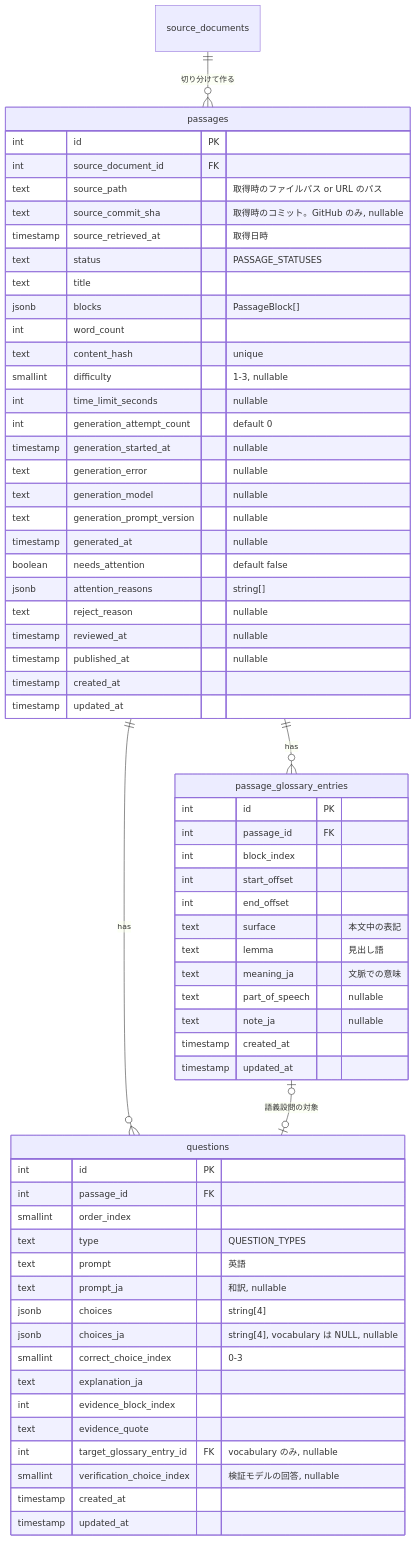
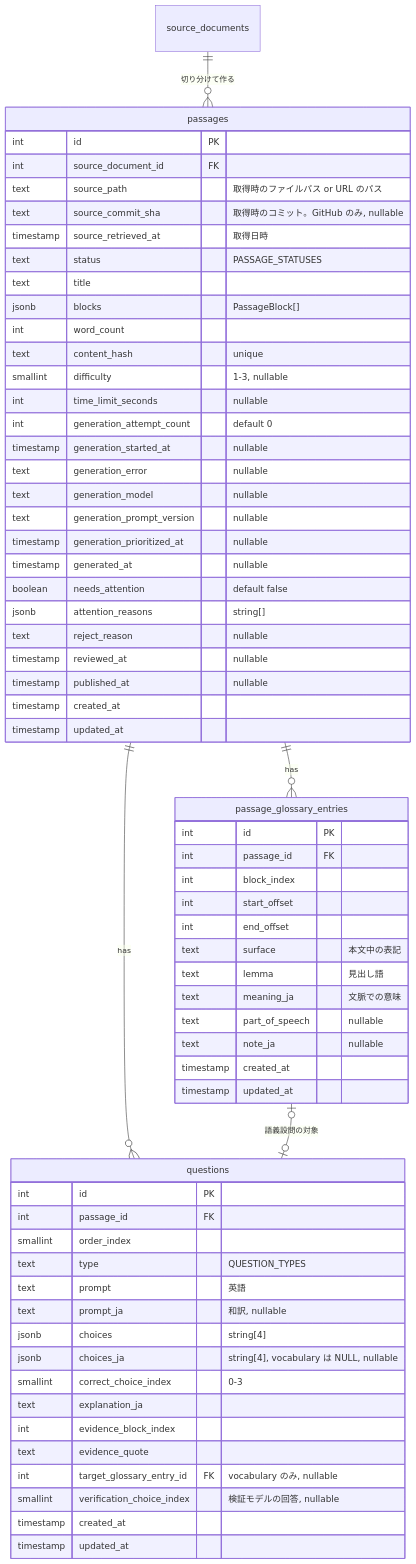
Before and after one commit to kentakki416/tech-english: the second of 3 diagrams in docs/spec/question-generation/README.md, drawn with Mermaid. The commit also changed other lines of this file and 10 other files, not shown here.

````diff
--- a/docs/spec/question-generation/README.md
+++ b/docs/spec/question-generation/README.md
@@ -513,66 +513,67 @@
 ```mermaid
 erDiagram
     source_documents ||--o{ passages : "切り分けて作る"
     passages ||--o{ questions : has
     passages ||--o{ passage_glossary_entries : has
     passage_glossary_entries |o--o| questions : "語義設問の対象"
     passages {
         int id PK
         int source_document_id FK
         text source_path "取得時のファイルパス or URL のパス"
         text source_commit_sha "取得時のコミット。GitHub のみ, nullable"
         timestamp source_retrieved_at "取得日時"
         text status "PASSAGE_STATUSES"
         text title
         jsonb blocks "PassageBlock[]"
         int word_count
         text content_hash "unique"
         smallint difficulty "1-3, nullable"
         int time_limit_seconds "nullable"
         int generation_attempt_count "default 0"
         timestamp generation_started_at "nullable"
         text generation_error "nullable"
         text generation_model "nullable"
         text generation_prompt_version "nullable"
+        timestamp generation_prioritized_at "nullable"
         timestamp generated_at "nullable"
         boolean needs_attention "default false"
         jsonb attention_reasons "string[]"
         text reject_reason "nullable"
         timestamp reviewed_at "nullable"
         timestamp published_at "nullable"
         timestamp created_at
         timestamp updated_at
     }
     questions {
         int id PK
         int passage_id FK
         smallint order_index
         text type "QUESTION_TYPES"
         text prompt "英語"
         text prompt_ja "和訳, nullable"
         jsonb choices "string[4]"
         jsonb choices_ja "string[4], vocabulary は NULL, nullable"
         smallint correct_choice_index "0-3"
         text explanation_ja
         int evidence_block_index
         text evidence_quote
         int target_glossary_entry_id FK "vocabulary のみ, nullable"
         smallint verification_choice_index "検証モデルの回答, nullable"
         timestamp created_at
         timestamp updated_at
     }
     passage_glossary_entries {
         int id PK
         int passage_id FK
         int block_index
         int start_offset
         int end_offset
         text surface "本文中の表記"
         text lemma "見出し語"
         text meaning_ja "文脈での意味"
         text part_of_speech "nullable"
         text note_ja "nullable"
         timestamp created_at
         timestamp updated_at
     }
 ```
````
